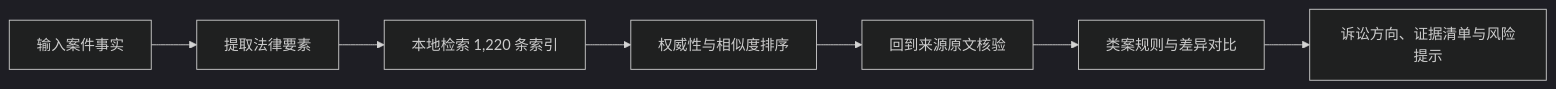
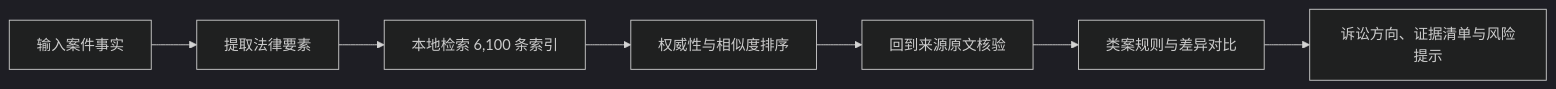
One commit to Dekkon717/Case-Search-in-Chinese-Intellectual-Property changed the diagram in README.md. Above: the diagram before and after it, drawn with Mermaid (dark theme). The commit also changed other lines of this file and 17 other files, not shown here.

````diff
--- a/README.md
+++ b/README.md
@@ -59,9 +59,9 @@
 ```mermaid
 flowchart LR
     A[输入案件事实] --> B[提取法律要素]
-    B --> C[本地检索 1,220 条索引]
+    B --> C[本地检索 6,100 条索引]
     C --> D[权威性与相似度排序]
     D --> E[回到来源原文核验]
     E --> F[类案规则与差异对比]
     F --> G[诉讼方向、证据清单与风险提示]
 ```
````
